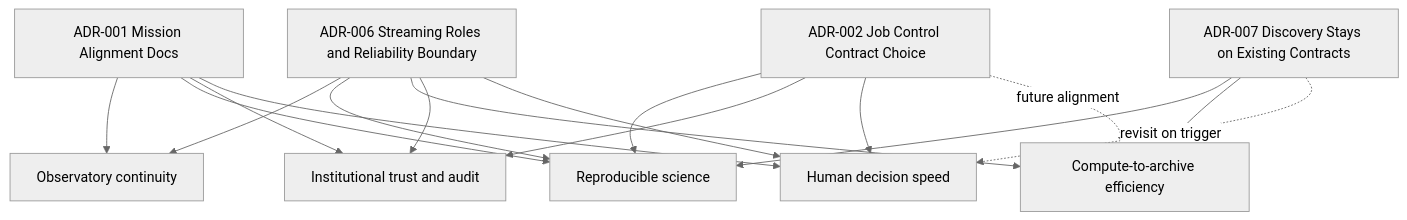
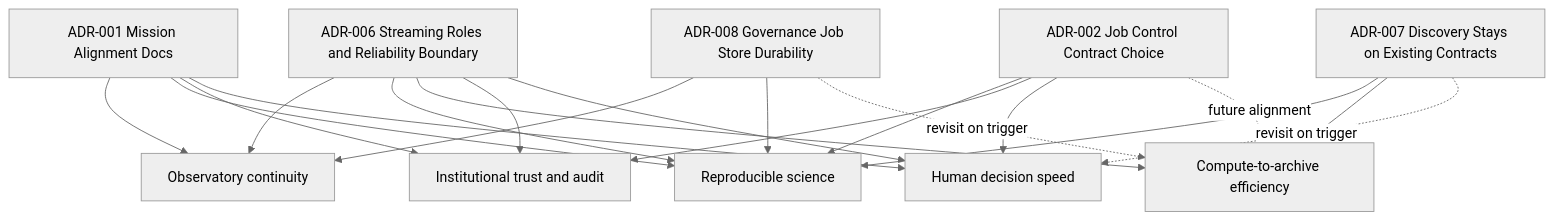
The diagram in documentation/architecture/DECISIONS.md (JeffreySanford/phase-2-cosmic), drawn with Mermaid (neutral theme) before and after one commit. The commit also changed other lines of this file and 4 other files, not shown here.

````diff
--- a/documentation/architecture/DECISIONS.md
+++ b/documentation/architecture/DECISIONS.md
@@ -25,30 +25,34 @@
 ```mermaid
 flowchart TD
   ADR1[ADR-001 Mission Alignment Docs]
   ADR2[ADR-002 Job Control Contract Choice]
   ADR6[ADR-006 Streaming Roles and Reliability Boundary]
   ADR7[ADR-007 Discovery Stays on Existing Contracts]
+  ADR8[ADR-008 Governance Job Store Durability]
 
   O1[Observatory continuity]
   O2[Reproducible science]
   O3[Compute-to-archive efficiency]
   O4[Institutional trust and audit]
   O5[Human decision speed]
 
   ADR1 --> O1
   ADR1 --> O2
   ADR1 --> O4
   ADR1 --> O5
   ADR2 --> O2
   ADR2 --> O4
   ADR2 --> O5
   ADR2 -.future alignment.-> O3
   ADR6 --> O1
   ADR6 --> O2
   ADR6 --> O3
   ADR6 --> O4
   ADR6 --> O5
   ADR7 --> O2
   ADR7 --> O3
   ADR7 -.revisit on trigger.-> O5
+  ADR8 --> O1
+  ADR8 --> O2
+  ADR8 -.revisit on trigger.-> O3
 ```
````
